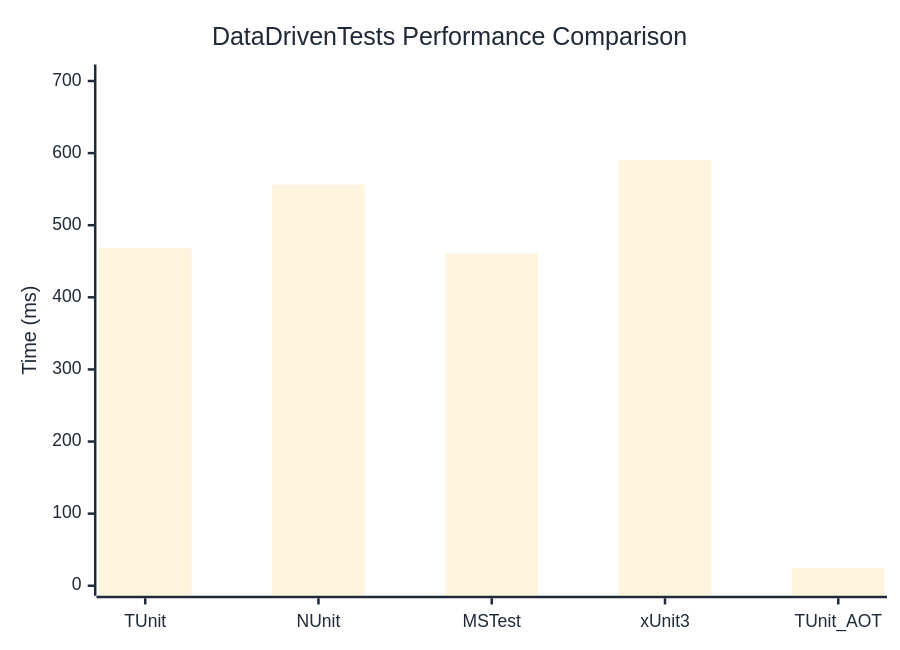
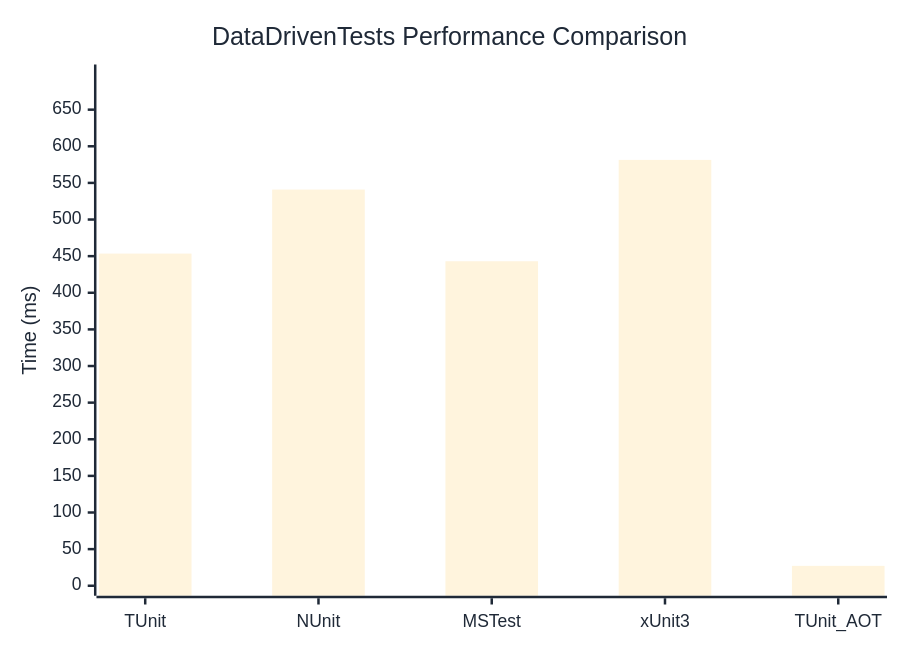
The diagram in docs/docs/benchmarks/DataDrivenTests.md (thomhurst/TUnit), drawn with Mermaid before and after one commit. The commit also changed other lines of this file and 17 other files, not shown here.

````diff
--- a/docs/docs/benchmarks/DataDrivenTests.md
+++ b/docs/docs/benchmarks/DataDrivenTests.md
@@ -27,37 +27,37 @@
 ```mermaid
 %%{init: {
   'theme':'base',
   'themeVariables': {
     'primaryColor': '#2563eb',
     'primaryTextColor': '#1f2937',
     'primaryBorderColor': '#1e40af',
     'lineColor': '#6b7280',
     'secondaryColor': '#7c3aed',
     'tertiaryColor': '#dc2626',
     'background': '#ffffff',
     'mainBkg': '#2563eb',
     'secondBkg': '#7c3aed',
     'tertiaryBkg': '#dc2626',
     'clusterBkg': '#f3f4f6',
     'edgeLabelBackground': '#ffffff',
     'tertiaryTextColor': '#1f2937',
     'pie1': '#2563eb',
     'pie2': '#7c3aed',
     'pie3': '#dc2626',
     'pie4': '#f59e0b',
     'pie5': '#10b981',
     'pie6': '#06b6d4',
     'pie7': '#ec4899',
     'pie8': '#6366f1',
     'pie9': '#84cc16',
     'pie10': '#f97316',
     'pie11': '#14b8a6',
     'pie12': '#a855f7'
   }
 }}%%
 xychart-beta
   title "DataDrivenTests Performance Comparison"
   x-axis ["TUnit", "NUnit", "MSTest", "xUnit3", "TUnit_AOT"]
-  y-axis "Time (ms)" 0 --> 709
-  bar [468.21, 556.25, 460.67, 590.34, 24.72]
+  y-axis "Time (ms)" 0 --> 698
+  bar [453.5, 540.9, 443.05, 581.42, 27.16]
 ```
````
